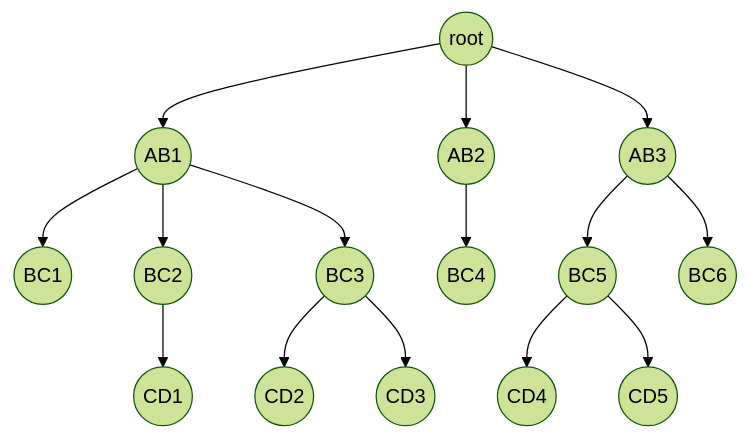
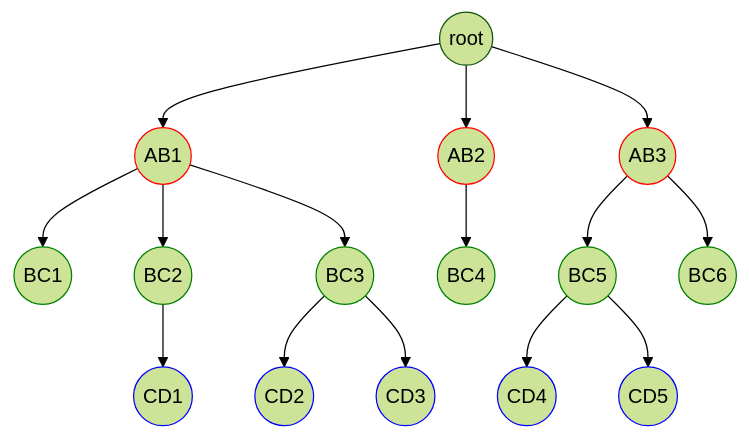
The diagram in README.md (dabund24/vahrplan), drawn with Mermaid (forest theme) before and after one commit. The commit also changed 1 other file, not shown here.

Commit message:
update demo diagram to current visuals, add colors to it

````diff
--- a/README.md
+++ b/README.md
@@ -117,18 +117,25 @@
 ```mermaid
 graph TD;
     r((root))-->AB1;
     r-->AB2;
     r-->AB3;
     AB1((AB1))-->BC1((BC1));
     AB1-->BC2((BC2));
     AB1-->BC3((BC3));
     AB2((AB2))-->BC4((BC4));
     AB3((AB3))-->BC5((BC5));
     AB3-->BC6((BC6));
 
     BC2-->CD1((CD1));
     BC3-->CD2((CD2));
     BC3-->CD3((CD3));
     BC5-->CD4((CD4));
     BC5-->CD5((CD5));
+
+    classDef firstLayer stroke:red;
+    class AB1,AB2,AB3 firstLayer;
+    classDef secondLayer stroke:green;
+    class BC1,BC2,BC3,BC4,BC5,BC6 secondLayer;
+    classDef thirdLayer stroke:blue;
+    class CD1,CD2,CD3,CD4,CD5 thirdLayer;
 ```
````
